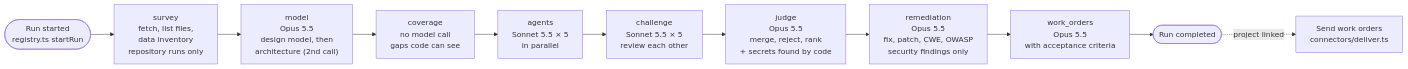
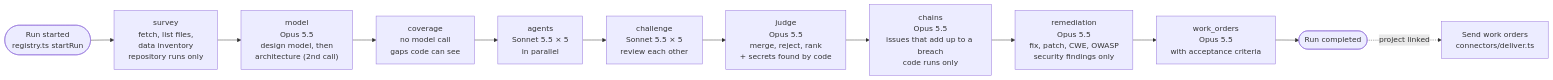
Before and after one commit to rvren/windtunnel: the third of 13 diagrams in docs/architecture.md, drawn with Mermaid. The commit also changed other lines of this file and 21 other files, not shown here.

First line of the commit message:
Flutter: issues that add up to a breach, as attack chains

````diff
--- a/docs/architecture.md
+++ b/docs/architecture.md
@@ -116,13 +116,14 @@
 ```mermaid
 flowchart LR
   start(["Run started<br/>registry.ts startRun"]) --> survey
   survey["survey<br/>fetch, list files,<br/>data inventory<br/>repository runs only"] --> model
   model["model<br/>Opus 5.5<br/>design model, then<br/>architecture (2nd call)"] --> coverage
   coverage["coverage<br/>no model call<br/>gaps code can see"] --> agents
   agents["agents<br/>Sonnet 5.5 × 5<br/>in parallel"] --> challenge
   challenge["challenge<br/>Sonnet 5.5 × 5<br/>review each other"] --> judge
-  judge["judge<br/>Opus 5.5<br/>merge, reject, rank<br/>+ secrets found by code"] --> remediation
+  judge["judge<br/>Opus 5.5<br/>merge, reject, rank<br/>+ secrets found by code"] --> chains
+  chains["chains<br/>Opus 5.5<br/>issues that add up to a breach<br/>code runs only"] --> remediation
   remediation["remediation<br/>Opus 5.5<br/>fix, patch, CWE, OWASP<br/>security findings only"] --> work_orders
   work_orders["work_orders<br/>Opus 5.5<br/>with acceptance criteria"] --> done
   done(["Run completed"]) -. "project linked" .-> deliver["Send work orders<br/>connectors/deliver.ts"]
 ```
````
